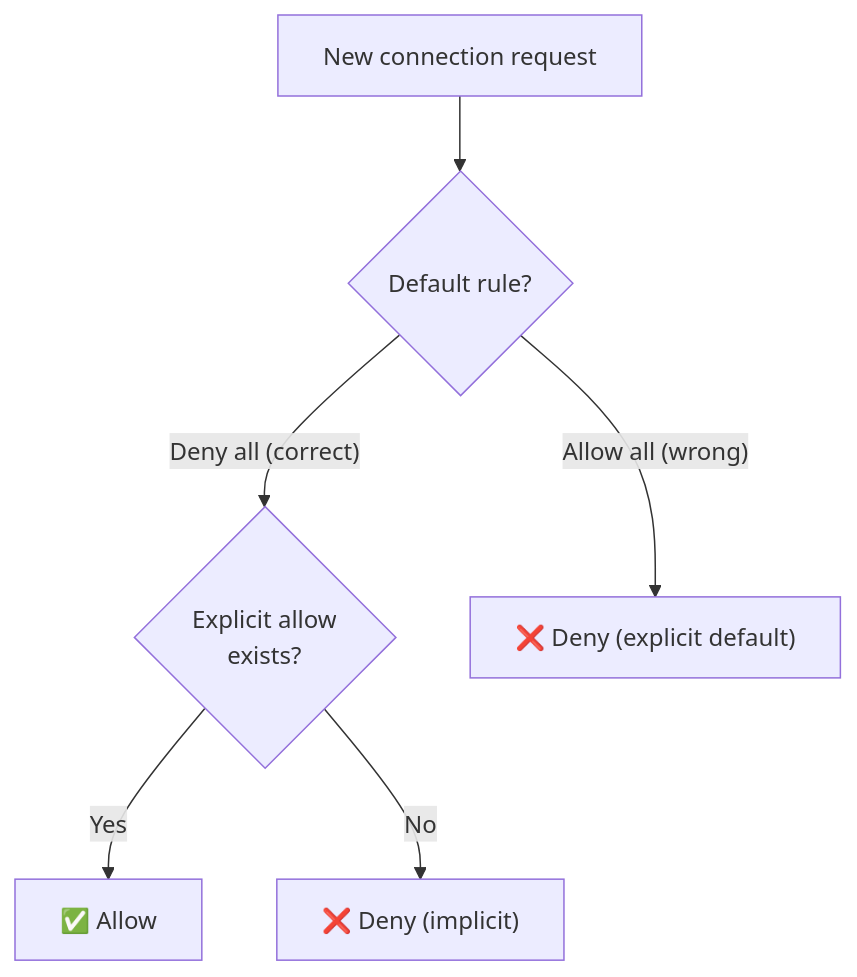
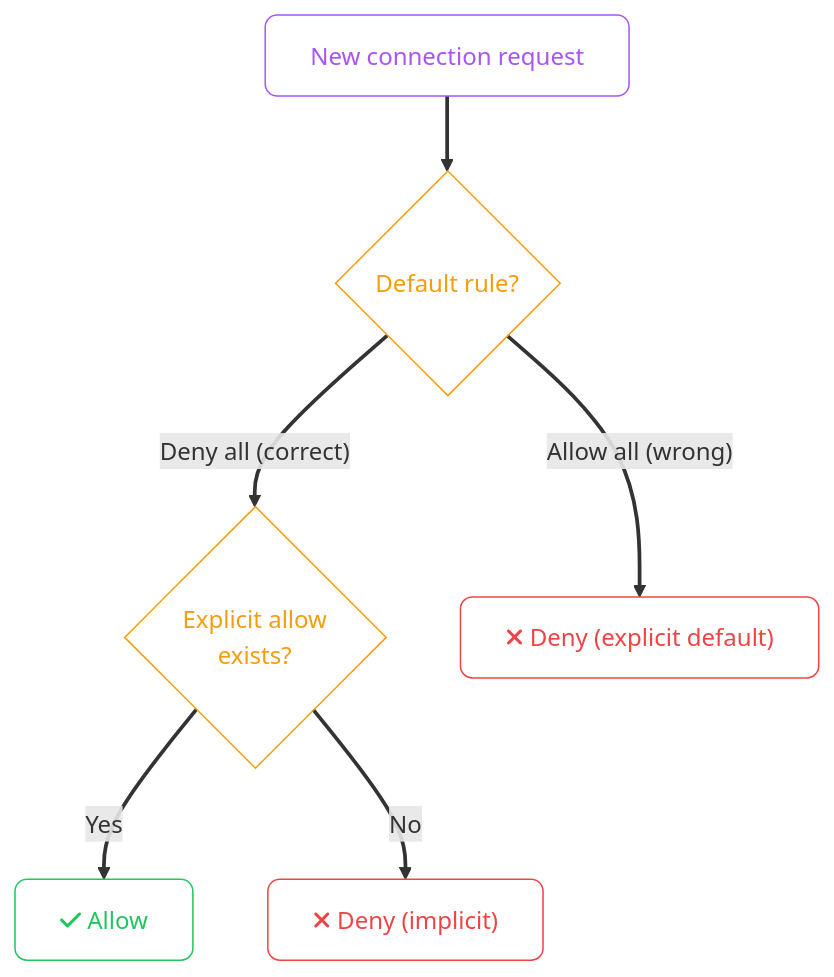
The fifth of 7 diagrams in src/content/cloud/common/networking-basics.mdx (zafarale/cloudification), drawn with Mermaid before and after one commit. The commit also changed other lines of this file and 84 other files, not shown here.

````diff
--- a/src/content/cloud/common/networking-basics.mdx
+++ b/src/content/cloud/common/networking-basics.mdx
@@ -182,15 +210,23 @@
 ```mermaid
 flowchart TD
-    REQ["New connection request"]
-    DEFAULT{"Default rule?"}
-    EXPLICIT{"Explicit allow\nexists?"}
-    ALLOW_A["✅ Allow"]
-    DENY_A["❌ Deny (implicit)"]
-    DENY_B["❌ Deny (explicit default)"]
+    accTitle: Stateful Firewalls: Security Groups and NSGs
+    accDescr: Flowchart (td) showing New connection request, Default rule, Explicit allow exists
+    classDef step fill:none,stroke:#a855f7,color:#a855f7,rx:8,ry:8
+    classDef ok   fill:none,stroke:#22c55e,color:#22c55e,rx:8,ry:8
+    classDef fail fill:none,stroke:#ef4444,color:#ef4444,rx:8,ry:8
+    classDef decesion fill:none,stroke:#f59e0b,color:#f59e0b,rx:8,ry:8
+    linkStyle default stroke-width:2.5px
+
+    REQ["New connection request"]:::step
+    DEFAULT{"Default rule?"}:::decesion
+    EXPLICIT{"Explicit allow<br/>exists?"}:::decesion
+    ALLOW_A["fa:fa-check Allow"]:::ok
+    DENY_A["fa:fa-xmark Deny (implicit)"]:::fail
+    DENY_B["fa:fa-xmark Deny (explicit default)"]:::fail
 
     REQ --> DEFAULT
     DEFAULT -- "Deny all (correct)" --> EXPLICIT
     EXPLICIT -- "Yes" --> ALLOW_A
     EXPLICIT -- "No" --> DENY_A
     DEFAULT -- "Allow all (wrong)" --> DENY_B
 ```
````
